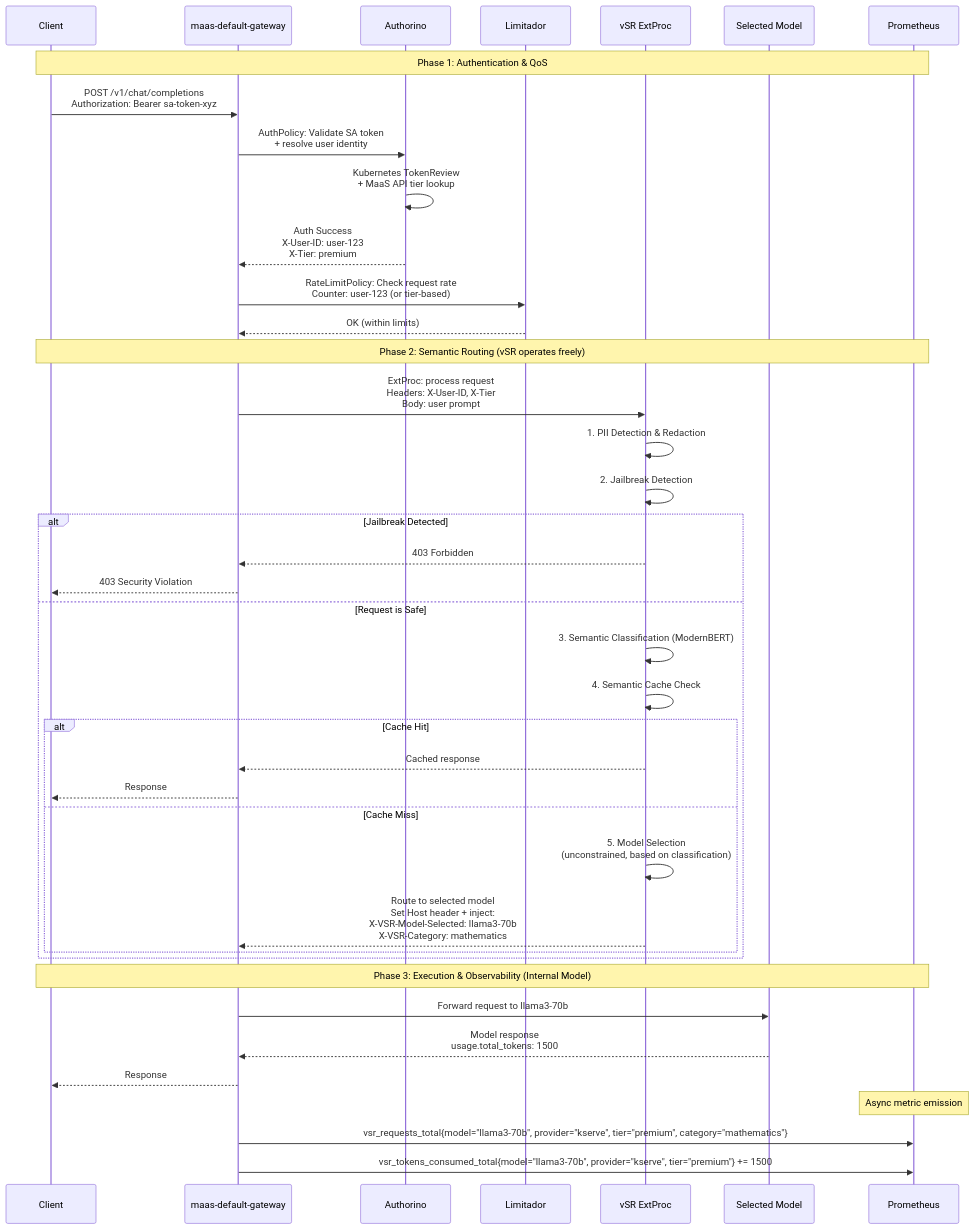
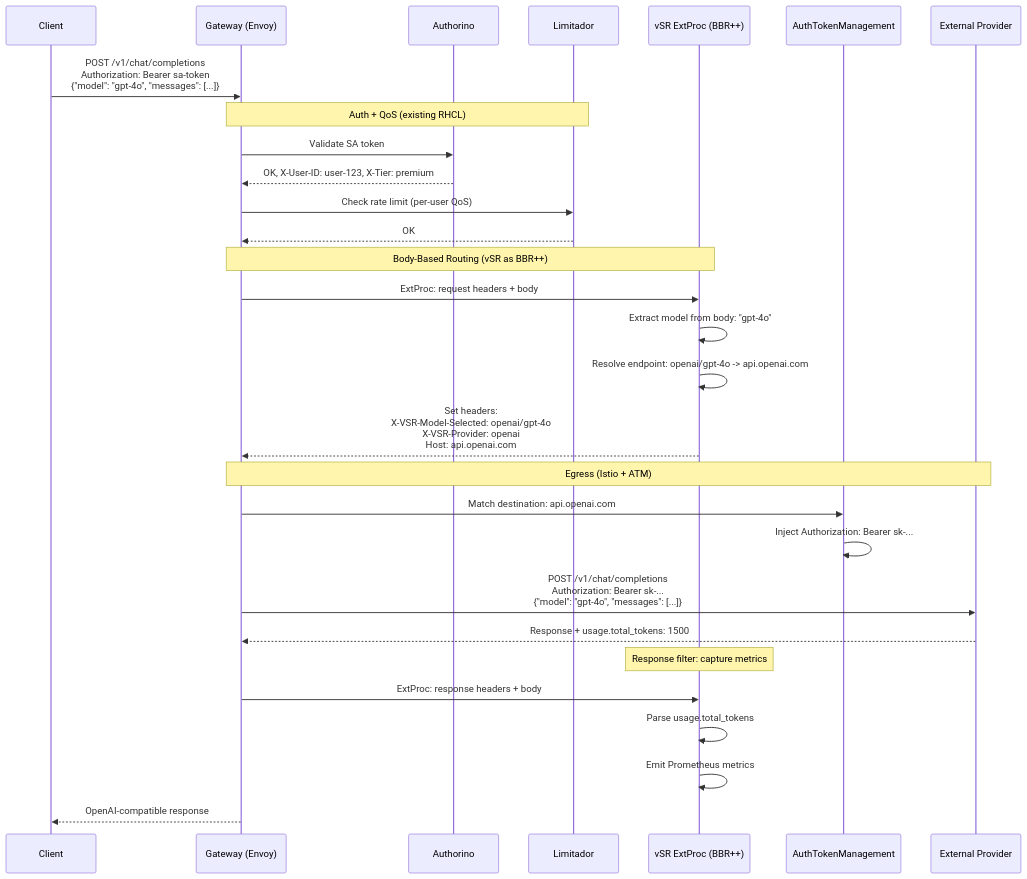
Before and after one commit to noyitz/maas-designs: the second of 3 diagrams in vsr-maas-integration/phase-1-design-v1.2.md, drawn with Mermaid. The commit also changed other lines of this file, not shown here.

````diff
--- a/vsr-maas-integration/phase-1-design-v1.2.md
+++ b/vsr-maas-integration/phase-1-design-v1.2.md
@@ -223,54 +205,37 @@
 ```mermaid
 sequenceDiagram
     participant Client
-    participant Gateway as maas-default-gateway
+    participant Gateway as Gateway (Envoy)
     participant Authorino
     participant Limitador
-    participant vSR as vSR ExtProc
-    participant KServe as Selected Model
-    participant Prometheus
+    participant vSR as vSR ExtProc (BBR++)
+    participant ATM as AuthTokenManagement
+    participant Provider as External Provider
 
-    Note over Client,Prometheus: Phase 1: Authentication & QoS
+    Client->>Gateway: POST /v1/chat/completions<br/>Authorization: Bearer sa-token<br/>{"model": "gpt-4o", "messages": [...]}
 
-    Client->>Gateway: POST /v1/chat/completions<br/>Authorization: Bearer sa-token-xyz
+    Note over Gateway,Limitador: Auth + QoS (existing RHCL)
+    Gateway->>Authorino: Validate SA token
+    Authorino-->>Gateway: OK, X-User-ID: user-123, X-Tier: premium
+    Gateway->>Limitador: Check rate limit (per-user QoS)
+    Limitador-->>Gateway: OK
 
-    Gateway->>Authorino: AuthPolicy: Validate SA token<br/>+ resolve user identity
-    Authorino->>Authorino: Kubernetes TokenReview<br/>+ MaaS API tier lookup
-    Authorino-->>Gateway: Auth Success<br/>X-User-ID: user-123<br/>X-Tier: premium
+    Note over Gateway,vSR: Body-Based Routing (vSR as BBR++)
+    Gateway->>vSR: ExtProc: request headers + body
+    vSR->>vSR: Extract model from body: "gpt-4o"
+    vSR->>vSR: Resolve endpoint: openai/gpt-4o -> api.openai.com
+    vSR-->>Gateway: Set headers:<br/>X-VSR-Model-Selected: openai/gpt-4o<br/>X-VSR-Provider: openai<br/>Host: api.openai.com
 
-    Gateway->>Limitador: RateLimitPolicy: Check request rate<br/>Counter: user-123 (or tier-based)
-    Limitador-->>Gateway: OK (within limits)
+    Note over Gateway,Provider: Egress (Istio + ATM)
+    Gateway->>ATM: Match destination: api.openai.com
+    ATM->>ATM: Inject Authorization: Bearer sk-...
+    Gateway->>Provider: POST /v1/chat/completions<br/>Authorization: Bearer sk-...<br/>{"model": "gpt-4o", "messages": [...]}
+    Provider-->>Gateway: Response + usage.total_tokens: 1500
 
-    Note over Client,Prometheus: Phase 2: Semantic Routing (vSR operates freely)
+    Note over vSR: Response filter: capture metrics
+    Gateway->>vSR: ExtProc: response headers + body
+    vSR->>vSR: Parse usage.total_tokens
+    vSR->>vSR: Emit Prometheus metrics
 
-    Gateway->>vSR: ExtProc: process request<br/>Headers: X-User-ID, X-Tier<br/>Body: user prompt
-
-    vSR->>vSR: 1. PII Detection & Redaction
-    vSR->>vSR: 2. Jailbreak Detection
-
-    alt Jailbreak Detected
-        vSR-->>Gateway: 403 Forbidden
-        Gateway-->>Client: 403 Security Violation
-    else Request is Safe
-        vSR->>vSR: 3. Semantic Classification (ModernBERT)
-        vSR->>vSR: 4. Semantic Cache Check
-        alt Cache Hit
-            vSR-->>Gateway: Cached response
-            Gateway-->>Client: Response
-        else Cache Miss
-            vSR->>vSR: 5. Model Selection<br/>(unconstrained, based on classification)
-            vSR-->>Gateway: Route to selected model<br/>Set Host header + inject:<br/>X-VSR-Model-Selected: llama3-70b<br/>X-VSR-Category: mathematics
-        end
-    end
-
-    Note over Client,Prometheus: Phase 3: Execution & Observability (Internal Model)
-
-    Gateway->>KServe: Forward request to llama3-70b
-    KServe-->>Gateway: Model response<br/>usage.total_tokens: 1500
-
-    Gateway-->>Client: Response
-
-    Note over Prometheus: Async metric emission
-    Gateway->>Prometheus: vsr_requests_total{model="llama3-70b", provider="kserve", tier="premium", category="mathematics"}
-    Gateway->>Prometheus: vsr_tokens_consumed_total{model="llama3-70b", provider="kserve", tier="premium"} += 1500
+    Gateway-->>Client: OpenAI-compatible response
 ```
````
